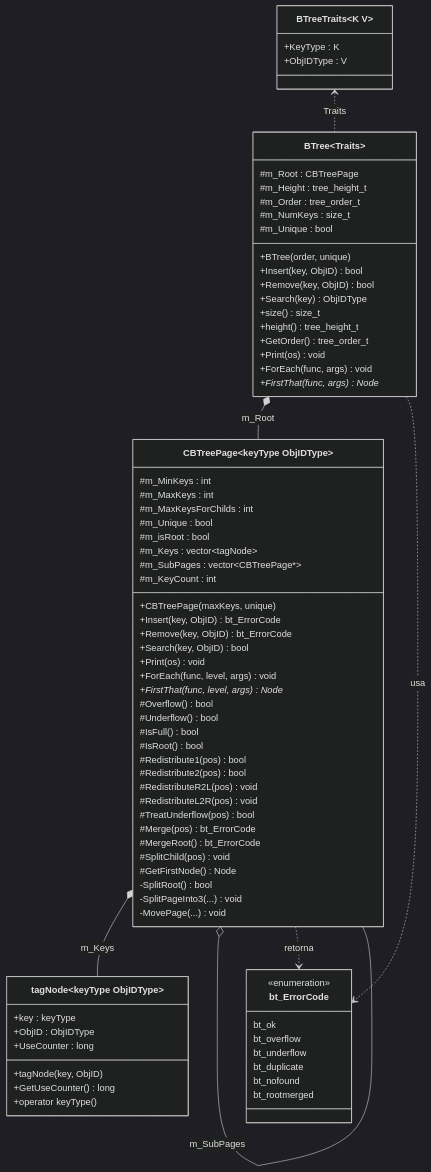
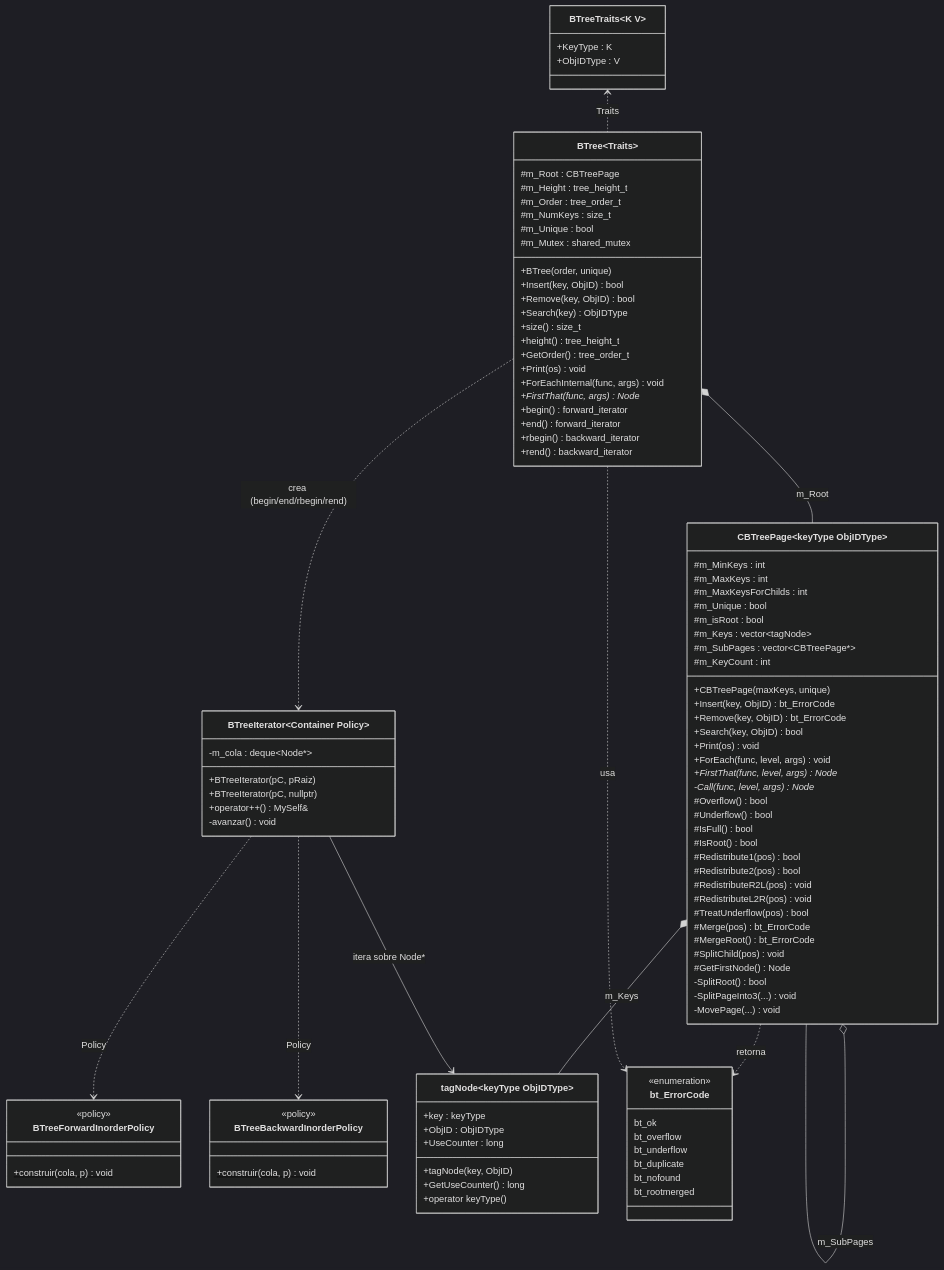
One commit to Camilo-vinatea/2026-I-MCC001-AED changed the first of 6 diagrams in BTree.md. Above: the diagram before and after it, drawn with Mermaid (dark theme). The commit also changed other lines of this file, not shown here.

Commit message:
BTree.md actualizado

````diff
--- a/BTree.md
+++ b/BTree.md
@@ -15,6 +15,7 @@
         #m_Order : tree_order_t
         #m_NumKeys : size_t
         #m_Unique : bool
+        #m_Mutex : shared_mutex
         +BTree(order, unique)
         +Insert(key, ObjID) bool
         +Remove(key, ObjID) bool
@@ -23,8 +24,30 @@
         +height() tree_height_t
         +GetOrder() tree_order_t
         +Print(os) void
-        +ForEach(func, args) void
+        +ForEachInternal(func, args) void
         +FirstThat(func, args) Node*
+        +begin() forward_iterator
+        +end() forward_iterator
+        +rbegin() backward_iterator
+        +rend() backward_iterator
+    }
+
+    class BTreeIterator~Container Policy~ {
+        -m_cola : deque~Node*~
+        +BTreeIterator(pC, pRaiz)
+        +BTreeIterator(pC, nullptr)
+        +operator++() MySelf&
+        -avanzar() void
+    }
+
+    class BTreeForwardInorderPolicy {
+        <<policy>>
+        +construir(cola, p)$ void
+    }
+
+    class BTreeBackwardInorderPolicy {
+        <<policy>>
+        +construir(cola, p)$ void
     }
 
     class tagNode~keyType ObjIDType~ {
@@ -62,6 +85,7 @@
         +Print(os) void
         +ForEach(func, level, args) void
         +FirstThat(func, level, args) Node*
+        -Call(func, level, args) Node*
         #Overflow() bool
         #Underflow() bool
         #IsFull() bool
@@ -86,4 +110,8 @@
     CBTreePage o-- CBTreePage : m_SubPages
     CBTreePage ..> bt_ErrorCode : retorna
     BTree ..> bt_ErrorCode : usa
+    BTree ..> BTreeIterator : crea (begin/end/rbegin/rend)
+    BTreeIterator ..> BTreeForwardInorderPolicy : Policy
+    BTreeIterator ..> BTreeBackwardInorderPolicy : Policy
+    BTreeIterator --> tagNode : itera sobre Node*
 ```
````
